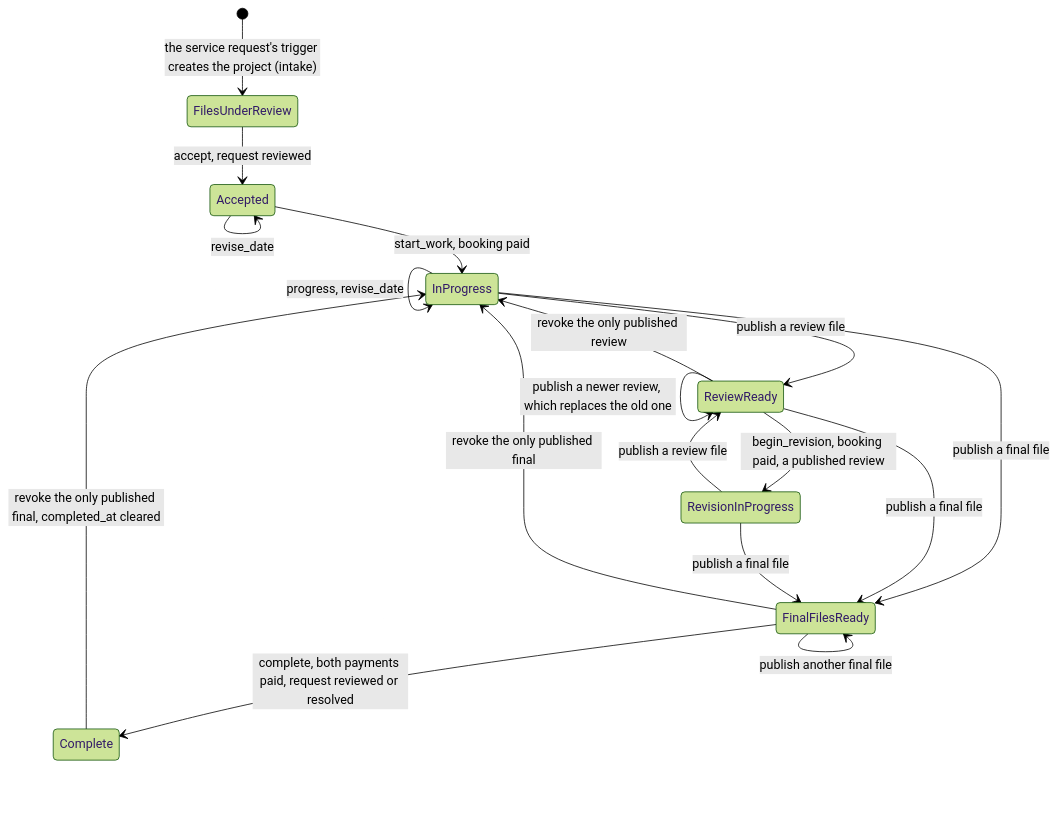
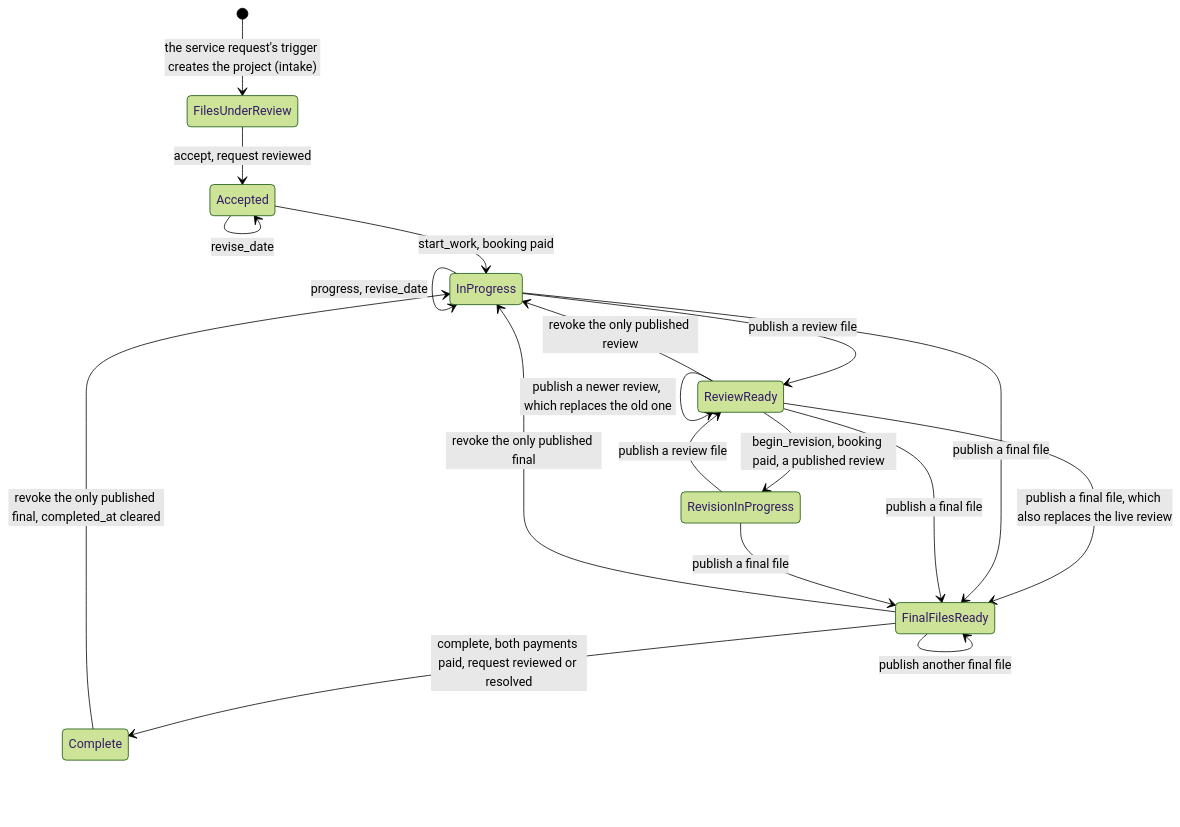
One commit to kwilson21/thesuperhuman.us changed the first of 6 diagrams in docs/plans/2026-11-audio-projects-conversion.md. Above: the diagram before and after it, drawn with Mermaid (forest theme). The commit also changed other lines of this file, not shown here.

Commit message:
Round 3 design fixes: linked reset, supersede by key, publish order, text checks before the count, owner question, cites

````diff
--- a/docs/plans/2026-11-audio-projects-conversion.md
+++ b/docs/plans/2026-11-audio-projects-conversion.md
@@ -86,20 +92,21 @@
 ```mermaid
 stateDiagram-v2
     [*] --> FilesUnderReview: the service request's trigger creates the project (intake)
     FilesUnderReview --> Accepted: accept, request reviewed
     Accepted --> InProgress: start_work, booking paid
     InProgress --> InProgress: progress, revise_date
     Accepted --> Accepted: revise_date
     InProgress --> ReviewReady: publish a review file
     ReviewReady --> ReviewReady: publish a newer review, which replaces the old one
+    ReviewReady --> FinalFilesReady: publish a final file, which also replaces the live review
     ReviewReady --> RevisionInProgress: begin_revision, booking paid, a published review
     RevisionInProgress --> ReviewReady: publish a review file
     InProgress --> FinalFilesReady: publish a final file
     ReviewReady --> FinalFilesReady: publish a final file
     RevisionInProgress --> FinalFilesReady: publish a final file
     FinalFilesReady --> FinalFilesReady: publish another final file
     FinalFilesReady --> Complete: complete, both payments paid, request reviewed or resolved
     ReviewReady --> InProgress: revoke the only published review
     FinalFilesReady --> InProgress: revoke the only published final
     Complete --> InProgress: revoke the only published final, completed_at cleared
 ```
````
